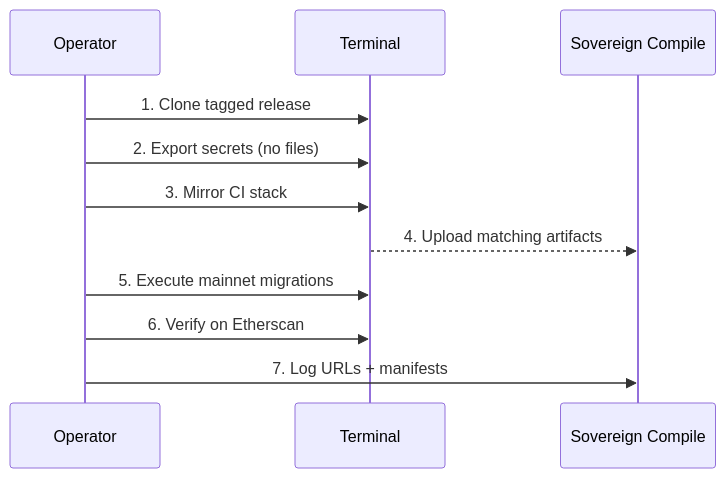
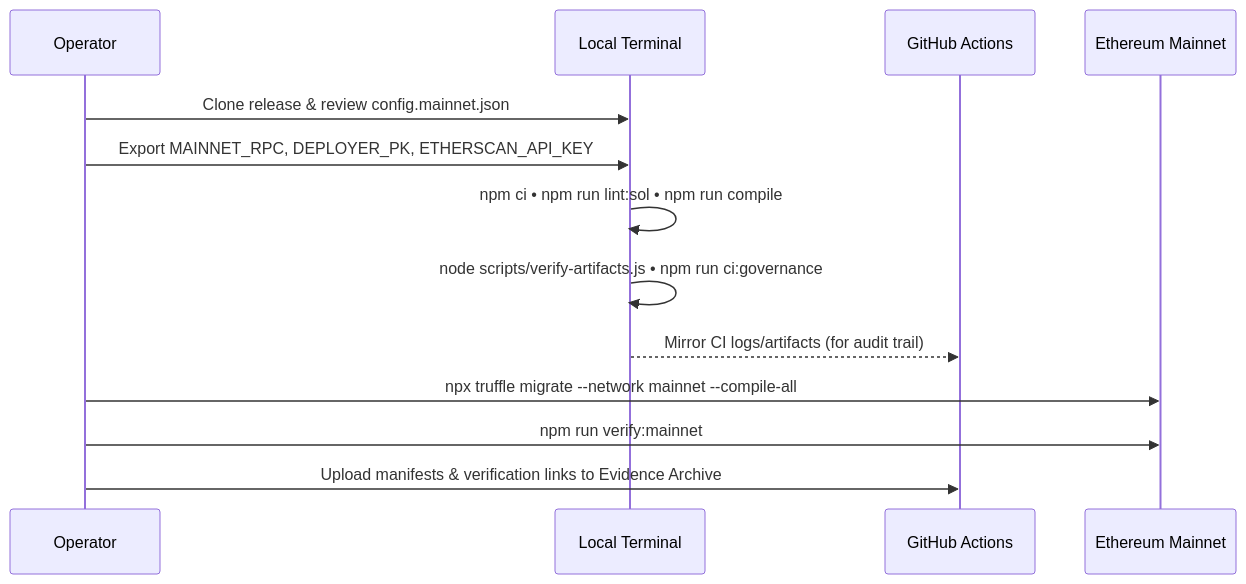
Before and after one commit to MontrealAI/agijobs-sovereign-labor-v0p1: the second of 5 diagrams in deploy/README.md, drawn with Mermaid. The commit also changed other lines of this file, not shown here.

Commit message:
docs: refresh deploy codex with mainnet guidance

````diff
--- a/deploy/README.md
+++ b/deploy/README.md
@@ -137,13 +87,15 @@
 ```mermaid
 sequenceDiagram
     participant Operator
-    participant Terminal
-    participant CI as Sovereign Compile
-    Operator->>Terminal: 1. Clone tagged release
-    Operator->>Terminal: 2. Export secrets (no files)
-    Operator->>Terminal: 3. Mirror CI stack
-    Terminal-->>CI: 4. Upload matching artifacts
-    Operator->>Terminal: 5. Execute mainnet migrations
-    Operator->>Terminal: 6. Verify on Etherscan
-    Operator->>CI: 7. Log URLs + manifests
+    participant LocalCI as Local Terminal
+    participant Actions as GitHub Actions
+    participant Ethereum as Ethereum Mainnet
+    Operator->>LocalCI: Clone release & review config.mainnet.json
+    Operator->>LocalCI: Export MAINNET_RPC, DEPLOYER_PK, ETHERSCAN_API_KEY
+    LocalCI->>LocalCI: npm ci • npm run lint:sol • npm run compile
+    LocalCI->>LocalCI: node scripts/verify-artifacts.js • npm run ci:governance
+    LocalCI-->>Actions: Mirror CI logs/artifacts (for audit trail)
+    Operator->>Ethereum: npx truffle migrate --network mainnet --compile-all
+    Operator->>Ethereum: npm run verify:mainnet
+    Operator->>Actions: Upload manifests & verification links to Evidence Archive
 ```
````
